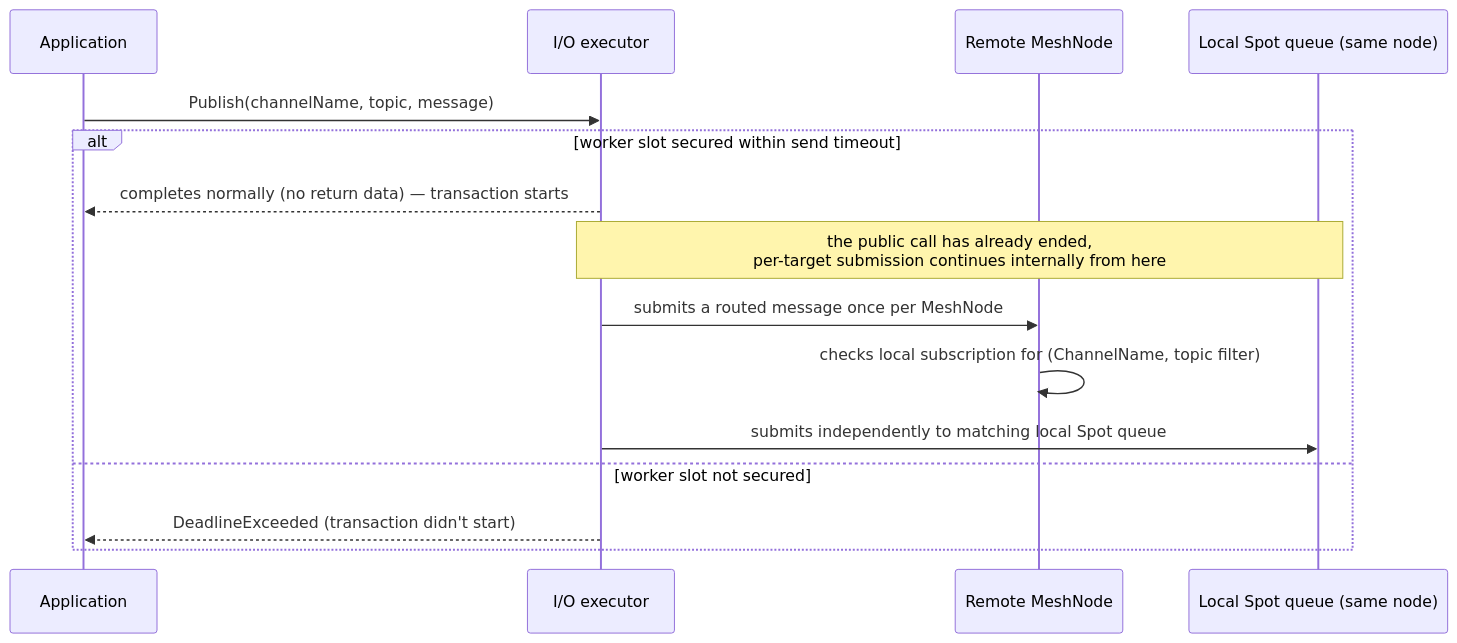
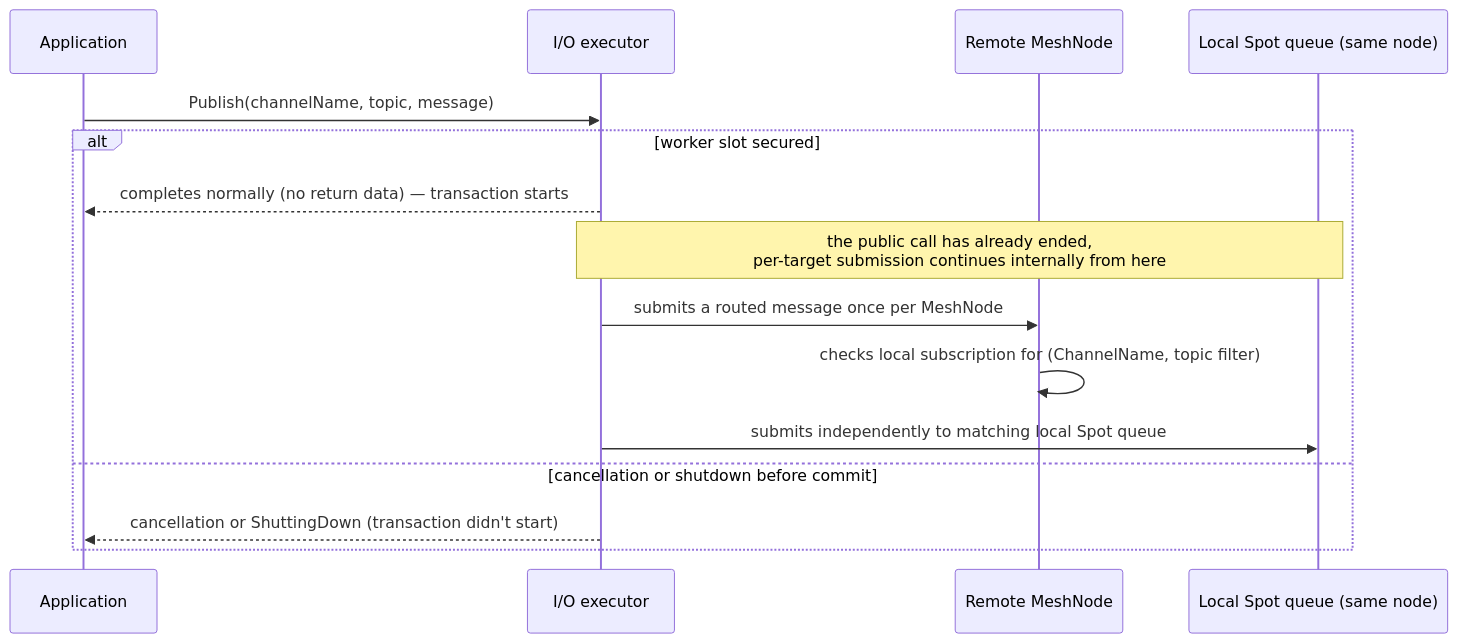
Before and after one commit to zlink-systems/zlink: the fourth of 4 diagrams in framework/doc/framework/common/spec/server/00-foundation/04-interaction-model.en.md, drawn with Mermaid. The commit also changed other lines of this file and 64 other files, not shown here.

````diff
--- a/framework/doc/framework/common/spec/server/00-foundation/04-interaction-model.en.md
+++ b/framework/doc/framework/common/spec/server/00-foundation/04-interaction-model.en.md
@@ -272,18 +272,18 @@
 ```mermaid
 sequenceDiagram
     participant App as Application
     participant Exec as I/O executor
     participant Rem as Remote MeshNode
     participant Loc as Local Spot queue (same node)
 
     App->>Exec: Publish(channelName, topic, message)
-    alt worker slot secured within send timeout
+    alt worker slot secured
         Exec-->>App: completes normally (no return data) — transaction starts
         Note over Exec,Loc: the public call has already ended,<br/>per-target submission continues internally from here
         Exec->>Rem: submits a routed message once per MeshNode
         Rem->>Rem: checks local subscription for (ChannelName, topic filter)
         Exec->>Loc: submits independently to matching local Spot queue
-    else worker slot not secured
-        Exec-->>App: DeadlineExceeded (transaction didn't start)
+    else cancellation or shutdown before commit
+        Exec-->>App: cancellation or ShuttingDown (transaction didn't start)
     end
 ```
````
